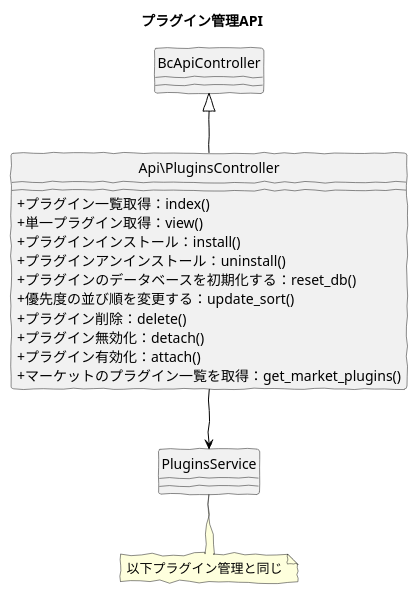
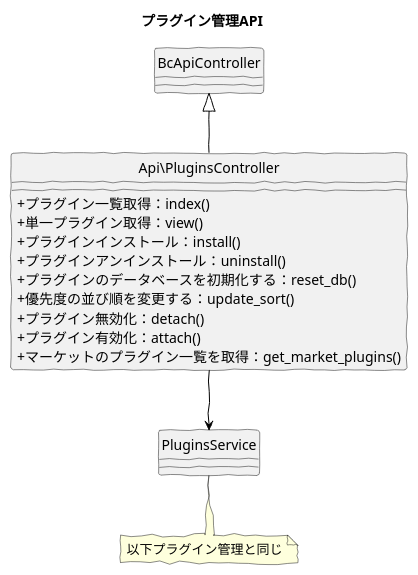
The diagram in src/puml/5/ucmitz/svg/class/api_plugins.puml (baserproject/baserproject.github.io), drawn with PlantUML before and after one commit. The commit also changed 5 other files, not shown here.

```diff
--- a/src/puml/5/ucmitz/svg/class/api_plugins.puml
+++ b/src/puml/5/ucmitz/svg/class/api_plugins.puml
@@ -1,28 +1,27 @@
 @startuml
 skinparam handwritten true
 skinparam backgroundColor white
 hide circle
 skinparam classAttributeIconSize 0
 
 title プラグイン管理API
 
 class Api\PluginsController {
   + プラグイン一覧取得：index()
   + 単一プラグイン取得：view()
   + プラグインインストール：install()
   + プラグインアンインストール：uninstall()
   + プラグインのデータベースを初期化する：reset_db()
   + 優先度の並び順を変更する：update_sort()
-  + プラグイン削除：delete()
   + プラグイン無効化：detach()
   + プラグイン有効化：attach()
   + マーケットのプラグイン一覧を取得：get_market_plugins()
 }
 
 Api\PluginsController -down[#Black]-> PluginsService
 Api\PluginsController -up[#Black]-|> BcApiController
 
 note "以下プラグイン管理と同じ" as note
 PluginsService .. note
 
 @enduml
```
